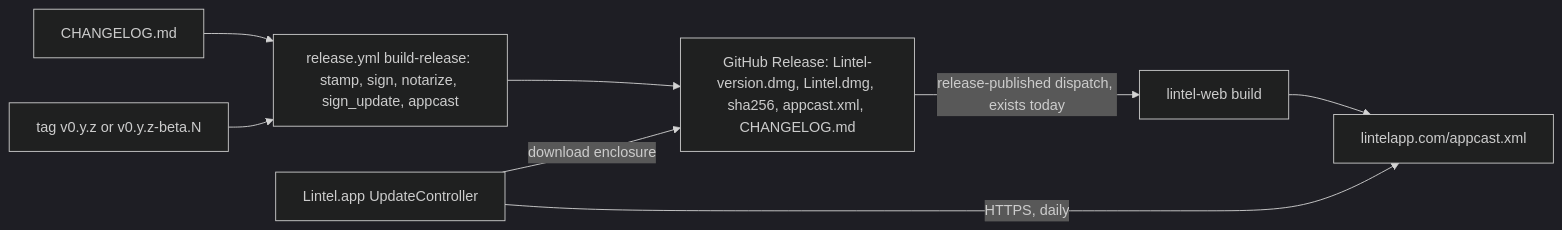
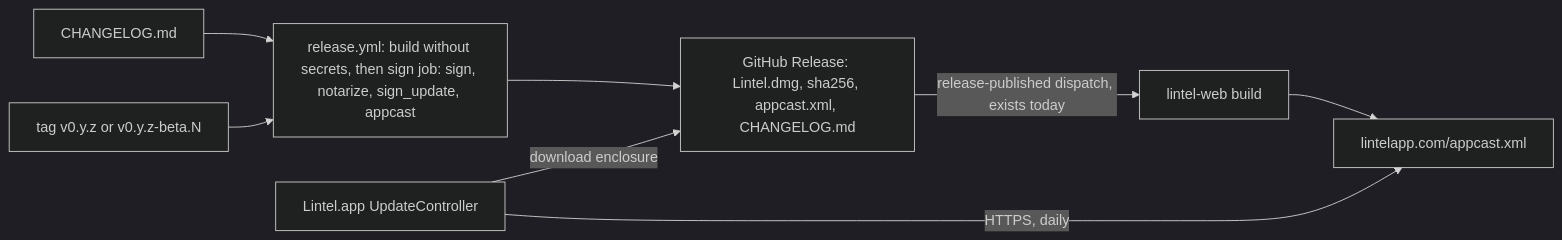
The diagram in .ai/specs/2026-11-19-updates-and-open-source-hygiene.md (mjozefiak/Pounce), drawn with Mermaid (dark theme) before and after one commit. The commit also changed other lines of this file, not shown here.

Commit message:
docs(specs): revise the updates spec after review (one DMG asset, sign job without build steps, channels, shared agent token, site contract)

````diff
--- a/.ai/specs/2026-11-19-updates-and-open-source-hygiene.md
+++ b/.ai/specs/2026-11-19-updates-and-open-source-hygiene.md
@@ -84,10 +86,10 @@
 ```mermaid
 flowchart LR
   CL[CHANGELOG.md] --> REL
-  TAG[tag v0.y.z or v0.y.z-beta.N] --> REL[release.yml build-release: stamp, sign, notarize, sign_update, appcast]
-  REL --> GH[GitHub Release: Lintel-version.dmg, Lintel.dmg, sha256, appcast.xml, CHANGELOG.md]
+  TAG[tag v0.y.z or v0.y.z-beta.N] --> REL[release.yml: build without secrets, then sign job: sign, notarize, sign_update, appcast]
+  REL --> GH[GitHub Release: Lintel.dmg, sha256, appcast.xml, CHANGELOG.md]
   GH -->|release-published dispatch, exists today| WEB[lintel-web build]
   WEB --> FEED[lintelapp.com/appcast.xml]
   APP[Lintel.app UpdateController] -->|HTTPS, daily| FEED
   APP -->|download enclosure| GH
 ```
````
